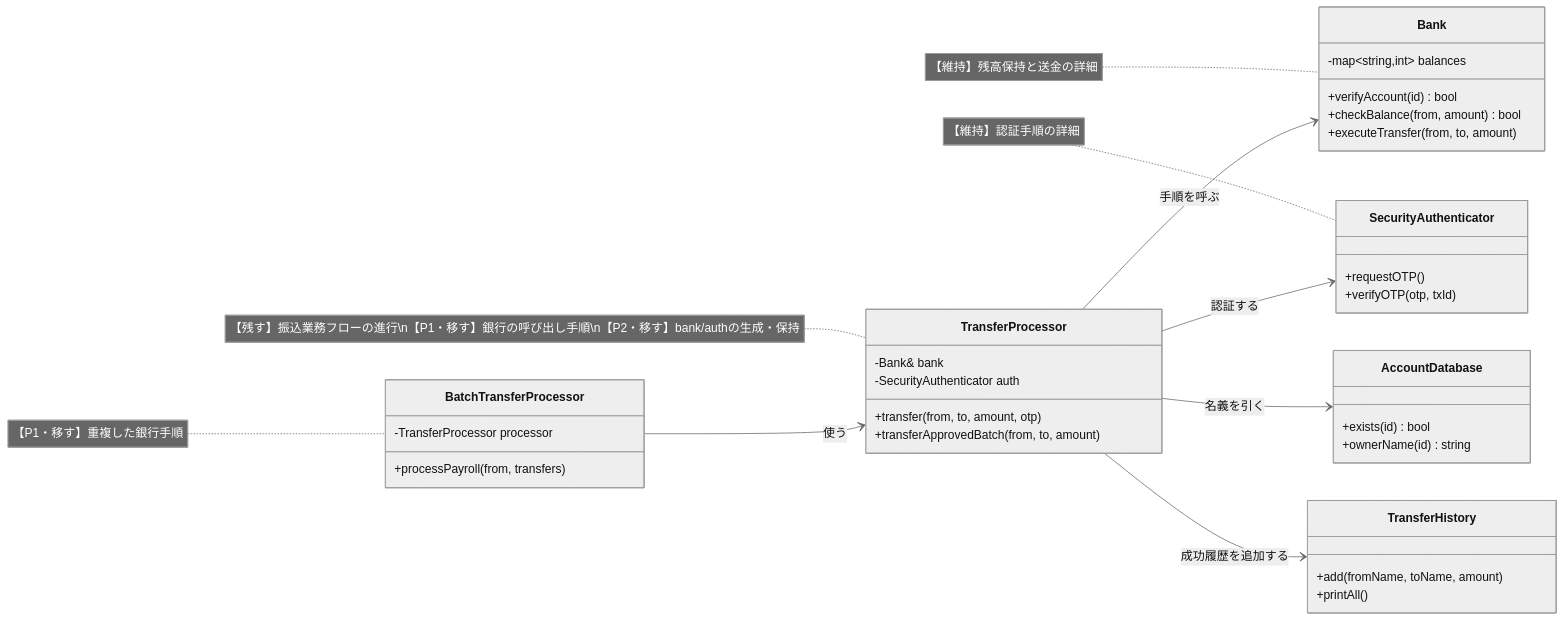
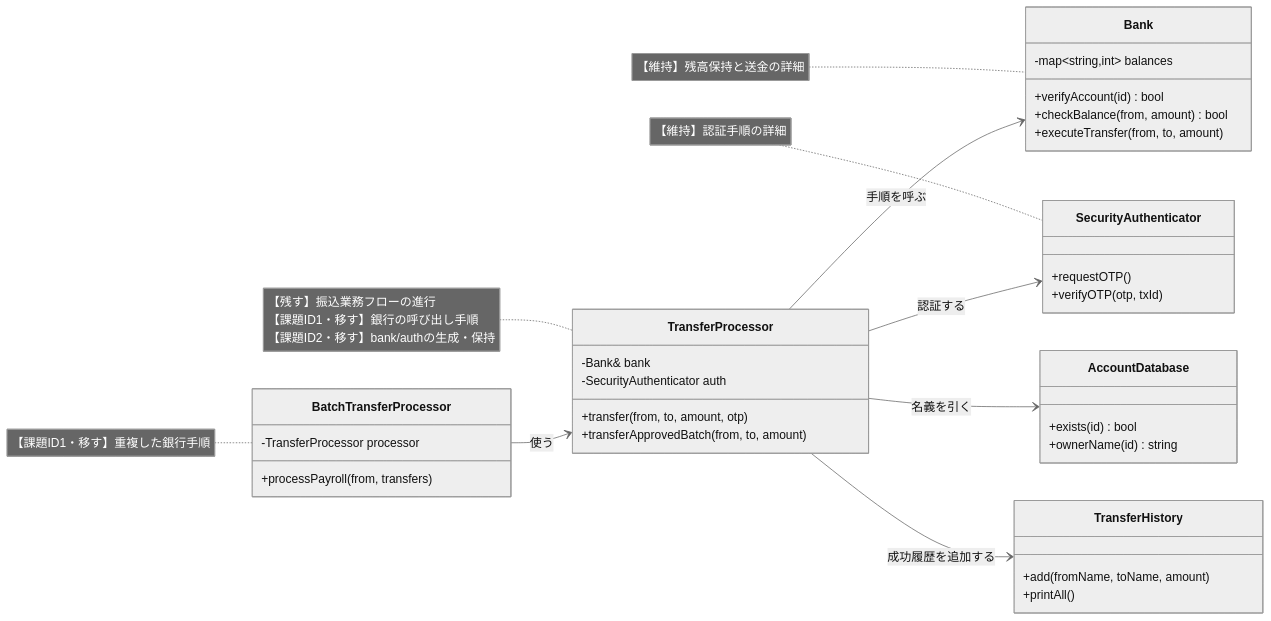
The ninth of 15 diagrams in kindle/design-patterns/output/chapter02.md (kumachan1101-pixel/DesignPattern), drawn with Mermaid (neutral theme) before and after one commit. The commit also changed other lines of this file and 43 other files, not shown here.

````diff
--- a/kindle/design-patterns/output/chapter02.md
+++ b/kindle/design-patterns/output/chapter02.md
@@ -1181,46 +1219,46 @@
 ```mermaid
 classDiagram
     direction LR
     class BatchTransferProcessor {
         -TransferProcessor processor
         +processPayroll(from, transfers)
     }
     class TransferProcessor {
         -Bank& bank
         -SecurityAuthenticator auth
         +transfer(from, to, amount, otp)
         +transferApprovedBatch(from, to, amount)
     }
     class Bank {
         -map~string,int~ balances
         +verifyAccount(id) bool
         +checkBalance(from, amount) bool
         +executeTransfer(from, to, amount)
     }
     class SecurityAuthenticator {
         +requestOTP()
         +verifyOTP(otp, txId)
     }
     class AccountDatabase {
         +exists(id) bool
         +ownerName(id) string
     }
     class TransferHistory {
         +add(fromName, toName, amount)
         +printAll()
     }
 
     BatchTransferProcessor --> TransferProcessor : 使う
     TransferProcessor --> Bank : 手順を呼ぶ
     TransferProcessor --> SecurityAuthenticator : 認証する
     TransferProcessor --> AccountDatabase : 名義を引く
     TransferProcessor --> TransferHistory : 成功履歴を追加する
 
-    note for TransferProcessor "【残す】振込業務フローの進行\n【P1・移す】銀行の呼び出し手順\n【P2・移す】bank/authの生成・保持"
-    note for BatchTransferProcessor "【P1・移す】重複した銀行手順"
+    note for TransferProcessor "【残す】振込業務フローの進行<br/>【課題ID1・移す】銀行の呼び出し手順<br/>【課題ID2・移す】bank/authの生成・保持"
+    note for BatchTransferProcessor "【課題ID1・移す】重複した銀行手順"
     note for Bank "【維持】残高保持と送金の詳細"
     note for SecurityAuthenticator "【維持】認証手順の詳細"
 
     classDef focus fill:#FFF2CC,stroke:#D6B656,stroke-width:2px,color:#222222
     cssClass "TransferProcessor,BatchTransferProcessor" focus
 ```
````
